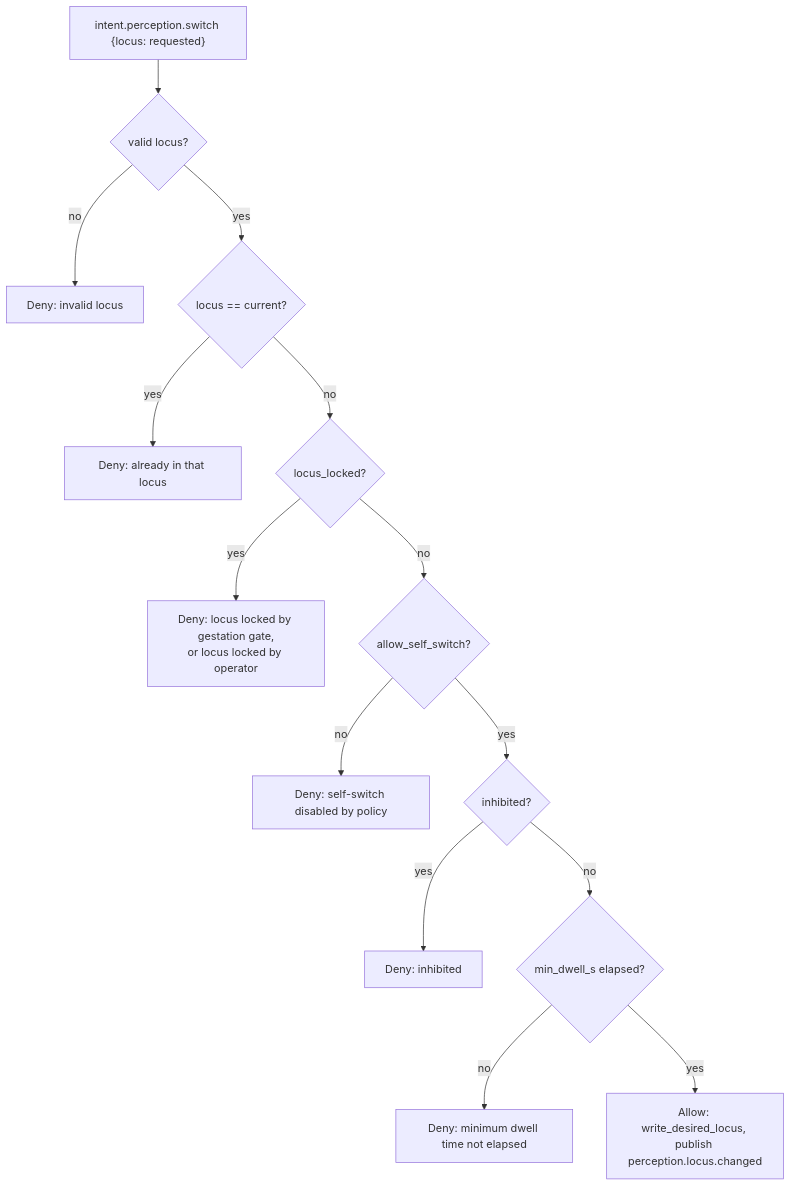
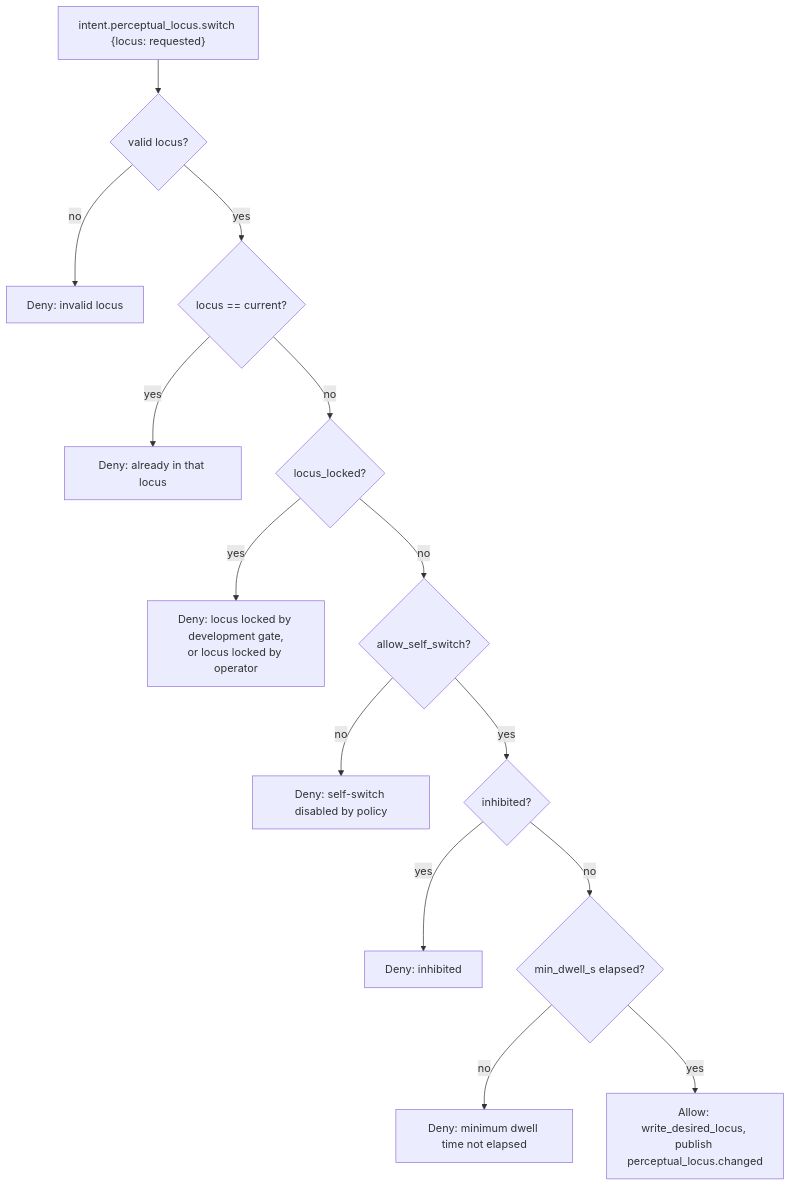
Before and after one commit to kaineone/kaine: the diagram in docs/08-cognitive-cycle/perceptual-locus.md, drawn with Mermaid. The commit also changed other lines of this file and 967 other files, not shown here.

````diff
--- a/docs/08-cognitive-cycle/perceptual-locus.md
+++ b/docs/08-cognitive-cycle/perceptual-locus.md
@@ -98,16 +98,16 @@
 ```mermaid
 flowchart TD
-    A["intent.perception.switch {locus: requested}"] --> B{"valid locus?"}
+    A["intent.perceptual_locus.switch {locus: requested}"] --> B{"valid locus?"}
     B -- no --> C["Deny: invalid locus"]
     B -- yes --> D{"locus == current?"}
     D -- yes --> E["Deny: already in that locus"]
     D -- no --> F{"locus_locked?"}
-    F -- yes --> G["Deny: locus locked by gestation gate,\nor locus locked by operator"]
+    F -- yes --> G["Deny: locus locked by development gate,\nor locus locked by operator"]
     F -- no --> I{"allow_self_switch?"}
     I -- no --> J["Deny: self-switch disabled by policy"]
     I -- yes --> K{"inhibited?"}
     K -- yes --> L["Deny: inhibited"]
     K -- no --> M{"min_dwell_s elapsed?"}
     M -- no --> N["Deny: minimum dwell time not elapsed"]
-    M -- yes --> O["Allow: write_desired_locus, publish perception.locus.changed"]
+    M -- yes --> O["Allow: write_desired_locus, publish perceptual_locus.changed"]
 ```
````
